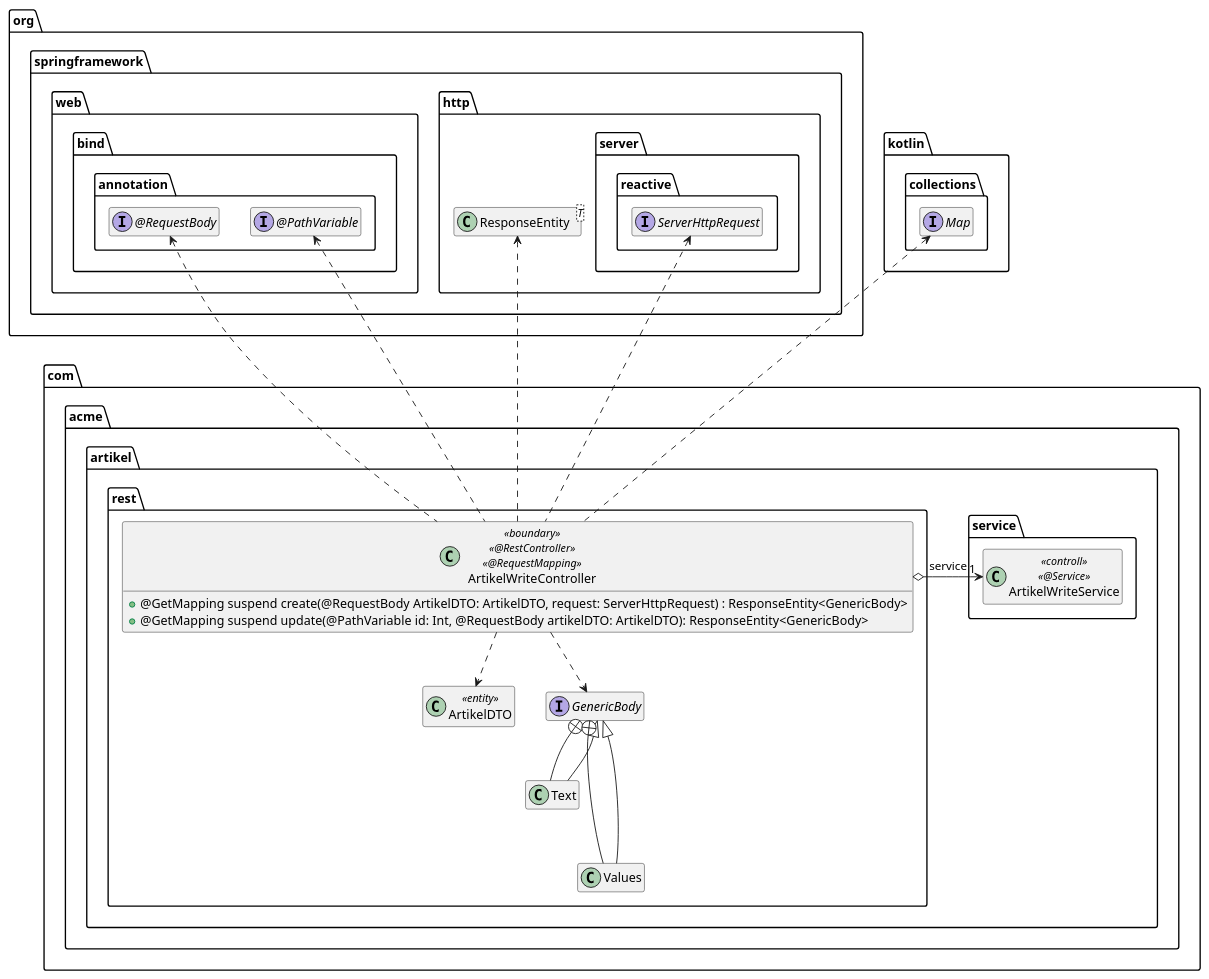
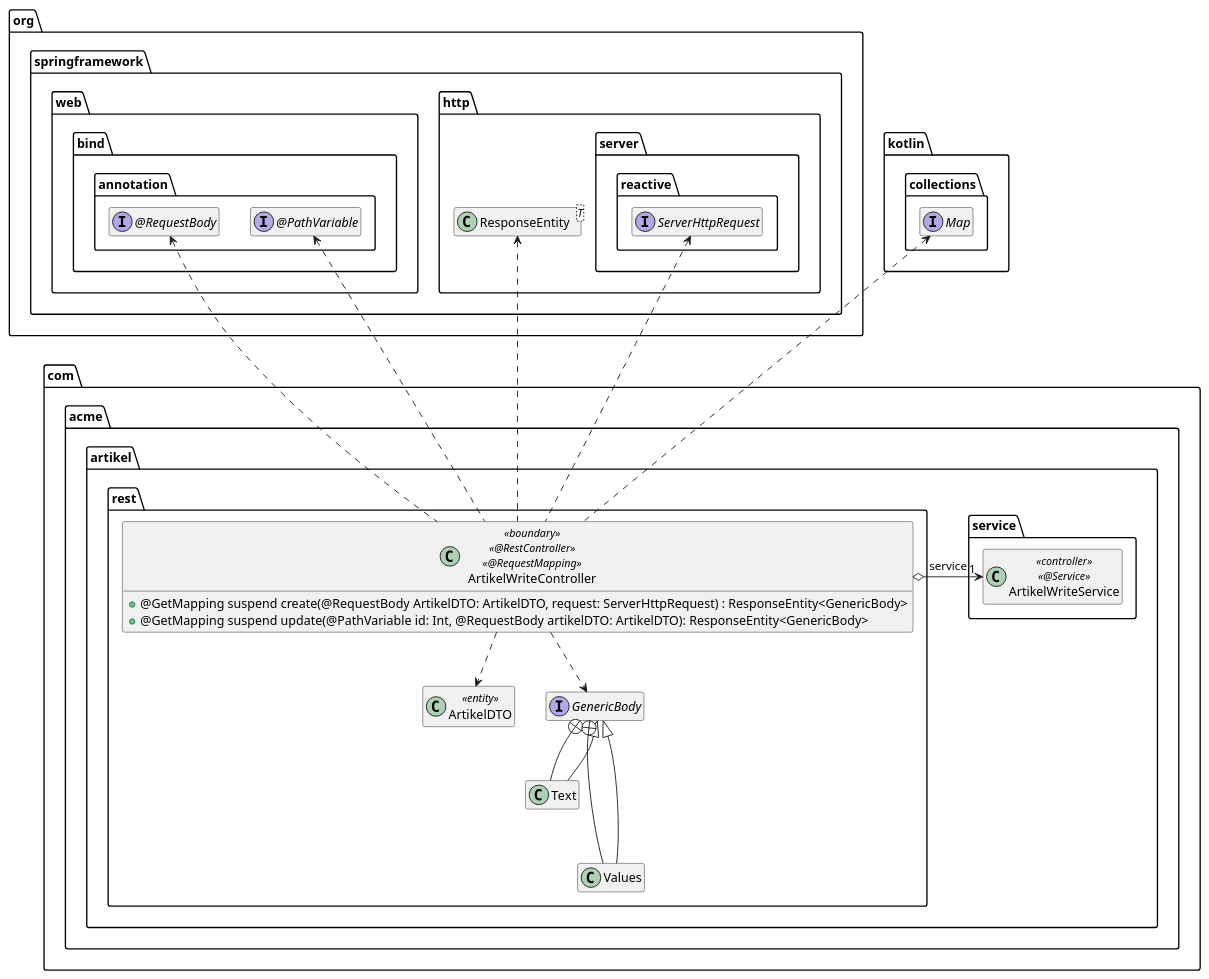
The diagram in extras/doc/ArtikelWriteController.puml (AlexanderStecknitz/Softwarearchitektur-Springframework), drawn with PlantUML before and after one commit.

```diff
--- a/extras/doc/ArtikelWriteController.puml
+++ b/extras/doc/ArtikelWriteController.puml
@@ -1,65 +1,65 @@
 @startuml
 
 package org.springframework {
     package web.bind.annotation {
         interface "@PathVariable" as PathVariable
 
         interface "@RequestBody" as RequestBody
     }
 
     package http {
         class ResponseEntity<T>
 
         package server.reactive {
             interface ServerHttpRequest
         }
     }
 }
 
 package kotlin.collections {
     interface Map
 }
 
 package com.acme.artikel {
 
     package service {
-        class ArtikelWriteService << controll >> << @Service >>
+        class ArtikelWriteService << controller >> << @Service >>
     }
 
     package rest {
 
         class ArtikelDTO <<entity>>
 
         interface GenericBody
         class Text
         class Values
         GenericBody +-- Text
         GenericBody <|-- Text
         GenericBody +--- Values
         GenericBody <|-- Values
 
         class ArtikelWriteController << boundary >> << @RestController >> << @RequestMapping >> {
             + @GetMapping suspend create(@RequestBody ArtikelDTO: ArtikelDTO, request: ServerHttpRequest) : ResponseEntity<GenericBody>
             + @GetMapping suspend update(@PathVariable id: Int, @RequestBody artikelDTO: ArtikelDTO): ResponseEntity<GenericBody>
         }
 
         ArtikelWriteController o-right-> "1" ArtikelWriteService : service
 
         ArtikelWriteController ..> ArtikelDTO
         ArtikelWriteController ..> GenericBody
 
         ArtikelWriteController .up.> ResponseEntity
         ArtikelWriteController .up.> ServerHttpRequest
 
         ArtikelWriteController .up.> PathVariable
         ArtikelWriteController .up.> RequestBody
 
         ArtikelWriteController .up.> Map
 
     }
 
 }
 
 hide empty members
 
 @enduml
```
